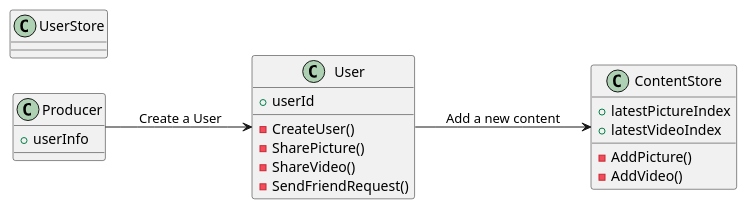
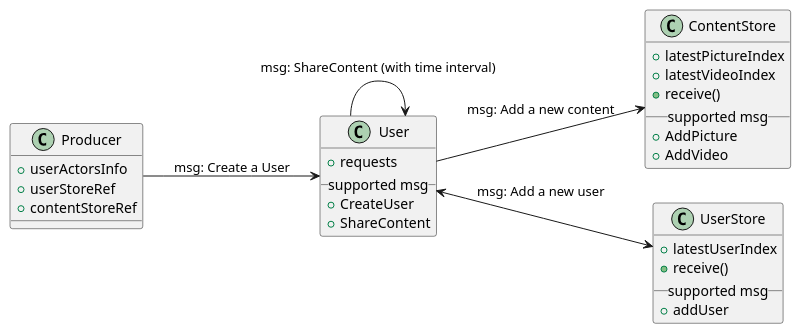
Before and after one commit to code-analytics/socialmedia-analytics-platform: the diagram in img/src/producer_actors.wsd, drawn with PlantUML. The commit also changed 2 other files, not shown here.

Commit message:
Update the readme.md about the actor architecture

```diff
--- a/img/src/producer_actors.wsd
+++ b/img/src/producer_actors.wsd
@@ -1,31 +1,39 @@
 @startuml
 
 left to right direction
 
 
 class Producer {
-    +userInfo
+    +userActorsInfo
+    +userStoreRef
+    +contentStoreRef
 }
 
 class ContentStore {
     +latestPictureIndex
     +latestVideoIndex
-    -AddPicture()
-    -AddVideo()
+    +receive()
+    __ supported msg __
+    +AddPicture
+    +AddVideo
 } 
 
 class UserStore {
-
+    +latestUserIndex
+    +receive()
+    __ supported msg __
+    +addUser
 }
 
 class User {
-    +userId
-    -CreateUser()
-    -SharePicture()
-    -ShareVideo()
-    -SendFriendRequest()
+    +requests
+    __ supported msg __
+    +CreateUser
+    +ShareContent
 } 
 
-Producer --> User : Create a User
-User--> ContentStore : Add a new content
+Producer --> User : msg: Create a User
+User --> User : msg: ShareContent (with time interval)
+User <--> UserStore : msg: Add a new user
+User --> ContentStore : msg: Add a new content
 @enduml
```
